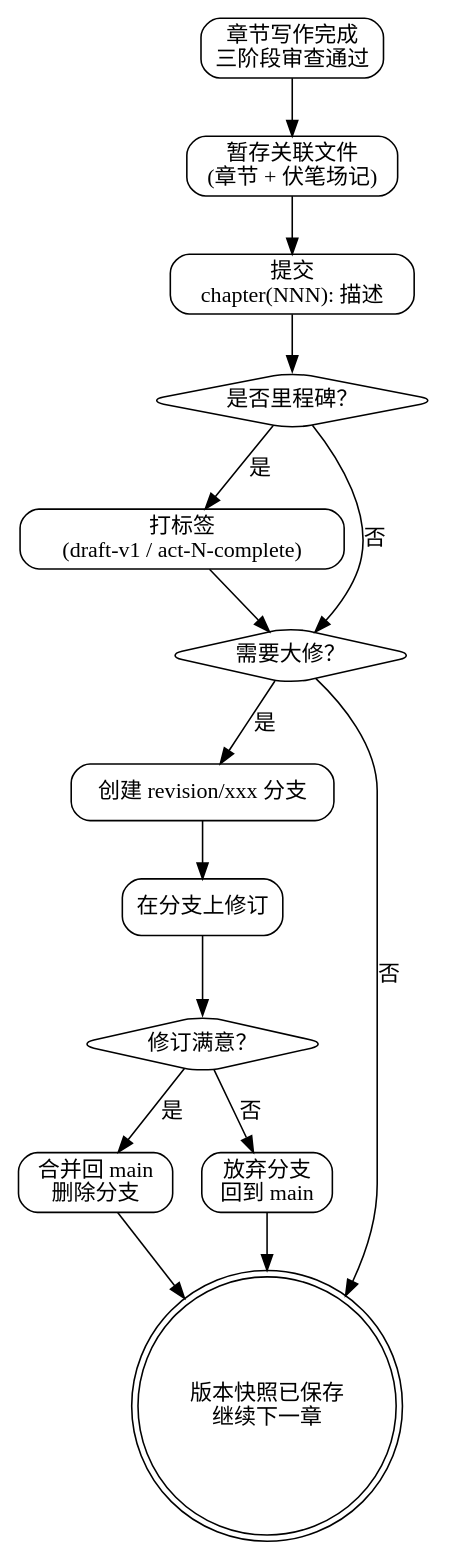
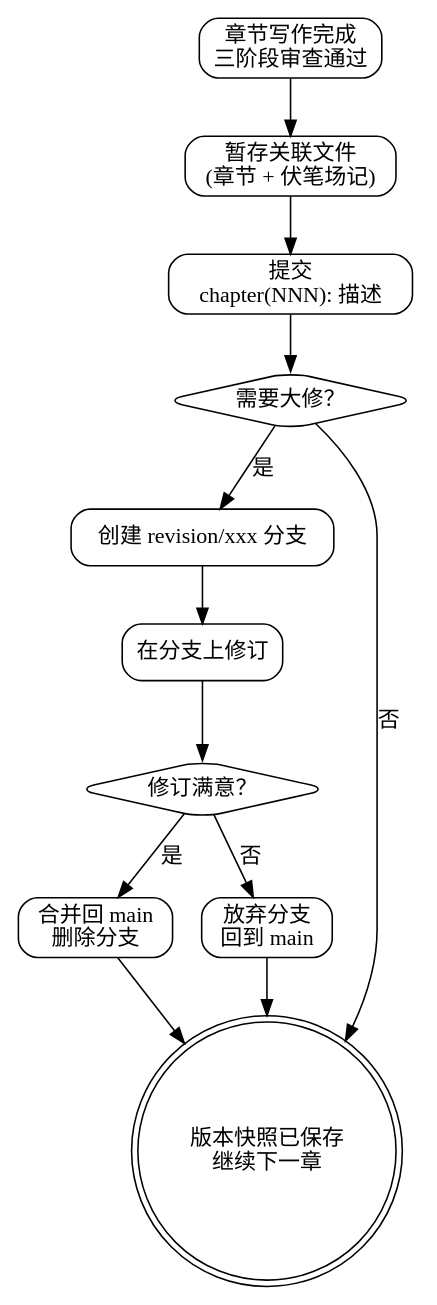
Before and after one commit to skyfiredao/dreampowers: the diagram in skills/dp-tool-version/SKILL.md, drawn with Graphviz. The commit also changed other lines of this file and 16 other files, not shown here.

````diff
--- a/skills/dp-tool-version/SKILL.md
+++ b/skills/dp-tool-version/SKILL.md
@@ -112,32 +99,27 @@
 ```dot
 digraph manuscript_versioning {
     rankdir=TB;
     node [shape=box, style=rounded];
 
     write [label="章节写作完成\n三阶段审查通过"];
     stage [label="暂存关联文件\n(章节 + 伏笔场记)"];
     commit [label="提交\nchapter(NNN): 描述"];
-    milestone [label="是否里程碑？" shape=diamond];
-    tag [label="打标签\n(draft-v1 / act-N-complete)"];
     major [label="需要大修？" shape=diamond];
     branch [label="创建 revision/xxx 分支"];
     revise [label="在分支上修订"];
     confirm [label="修订满意？" shape=diamond];
     merge [label="合并回 main\n删除分支"];
     discard [label="放弃分支\n回到 main"];
     done [label="版本快照已保存\n继续下一章" shape=doublecircle];
 
     write -> stage -> commit;
-    commit -> milestone;
-    milestone -> tag [label="是"];
-    milestone -> major [label="否"];
-    tag -> major;
+    commit -> major;
     major -> branch [label="是"];
     major -> done [label="否"];
     branch -> revise -> confirm;
     confirm -> merge [label="是"];
     confirm -> discard [label="否"];
     merge -> done;
     discard -> done;
 }
 ```
````
